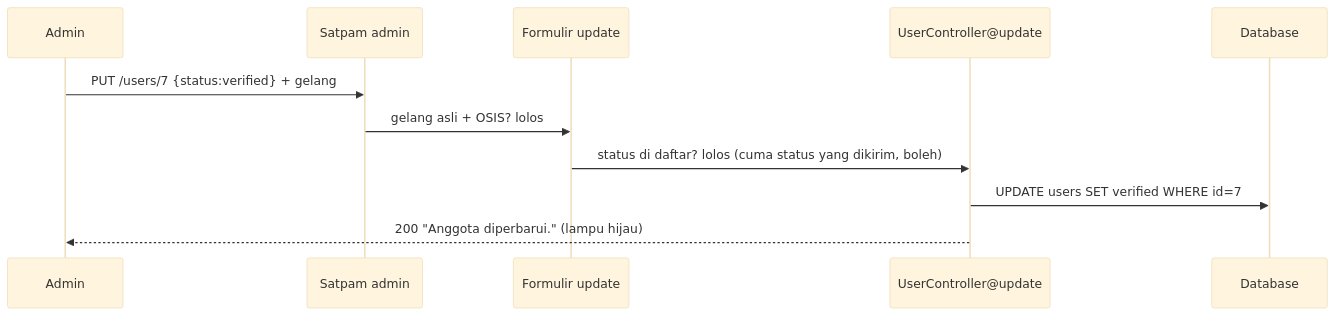
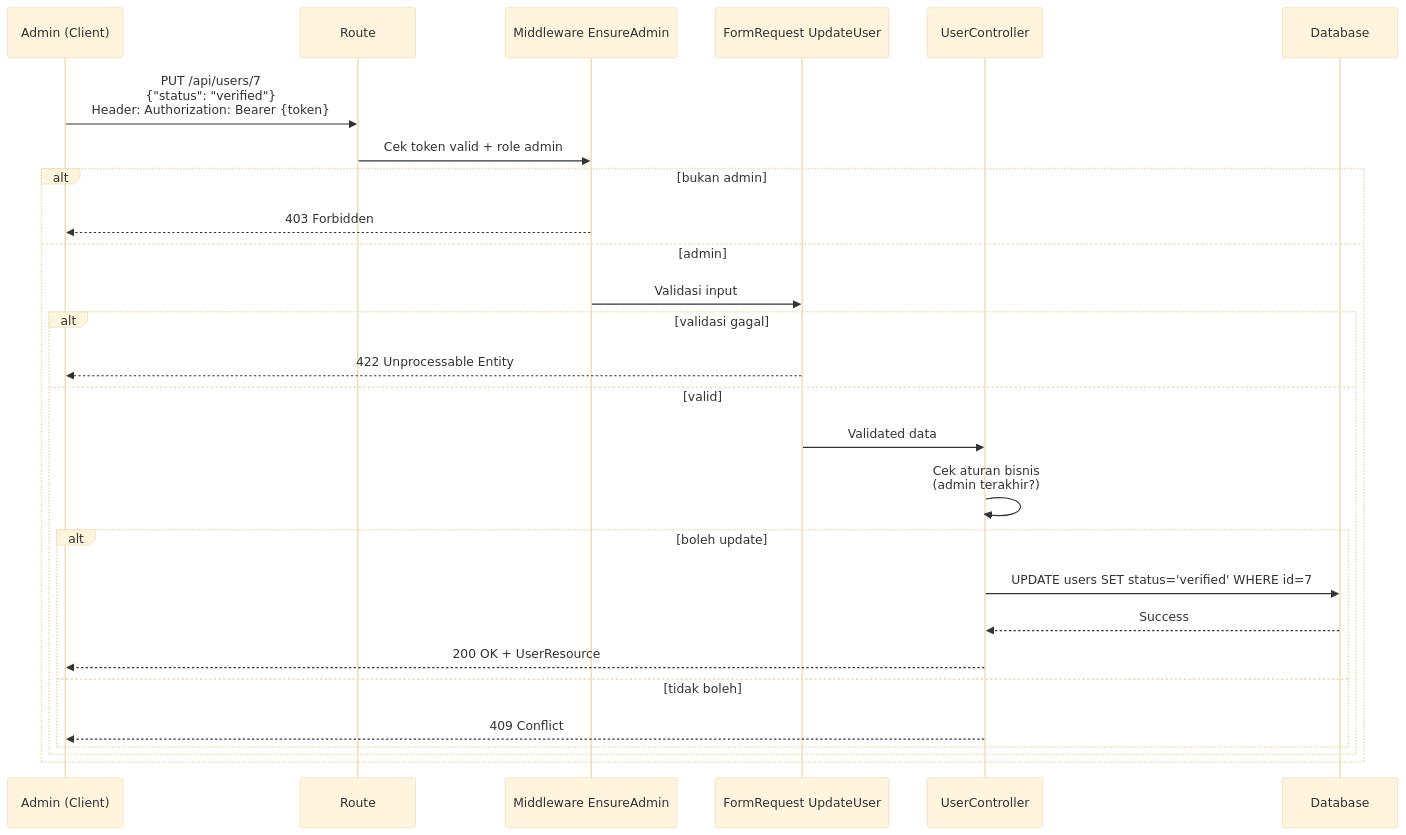
The fourth of 5 diagrams in penjelasan-tahap-1.md (AbyanDv/Kelompok3-ShiftB-ResponsiPemweb2Laravel), drawn with Mermaid (base theme) before and after one commit. The commit also changed other lines of this file and 15 other files, not shown here.

````diff
--- a/penjelasan-tahap-1.md
+++ b/penjelasan-tahap-1.md
@@ -433,14 +1399,30 @@
 ```mermaid
 sequenceDiagram
-    participant H as Admin
-    participant S as Satpam admin
-    participant F as Formulir update
-    participant C as UserController@update
+    participant A as Admin (Client)
+    participant R as Route
+    participant M as Middleware EnsureAdmin
+    participant F as FormRequest UpdateUser
+    participant C as UserController
     participant D as Database
 
-    H->>S: PUT /users/7 {status:verified} + gelang
-    S->>F: gelang asli + OSIS? lolos
-    F->>C: status di daftar? lolos (cuma status yang dikirim, boleh)
-    C->>D: UPDATE users SET verified WHERE id=7
-    C-->>H: 200 "Anggota diperbarui." (lampu hijau)
+    A->>R: PUT /api/users/7<br/>{"status": "verified"}<br/>Header: Authorization: Bearer {token}
+    R->>M: Cek token valid + role admin
+    alt bukan admin
+        M-->>A: 403 Forbidden
+    else admin
+        M->>F: Validasi input
+        alt validasi gagal
+            F-->>A: 422 Unprocessable Entity
+        else valid
+            F->>C: Validated data
+            C->>C: Cek aturan bisnis<br/>(admin terakhir?)
+            alt boleh update
+                C->>D: UPDATE users SET status='verified' WHERE id=7
+                D-->>C: Success
+                C-->>A: 200 OK + UserResource
+            else tidak boleh
+                C-->>A: 409 Conflict
+            end
+        end
+    end
 ```
````
